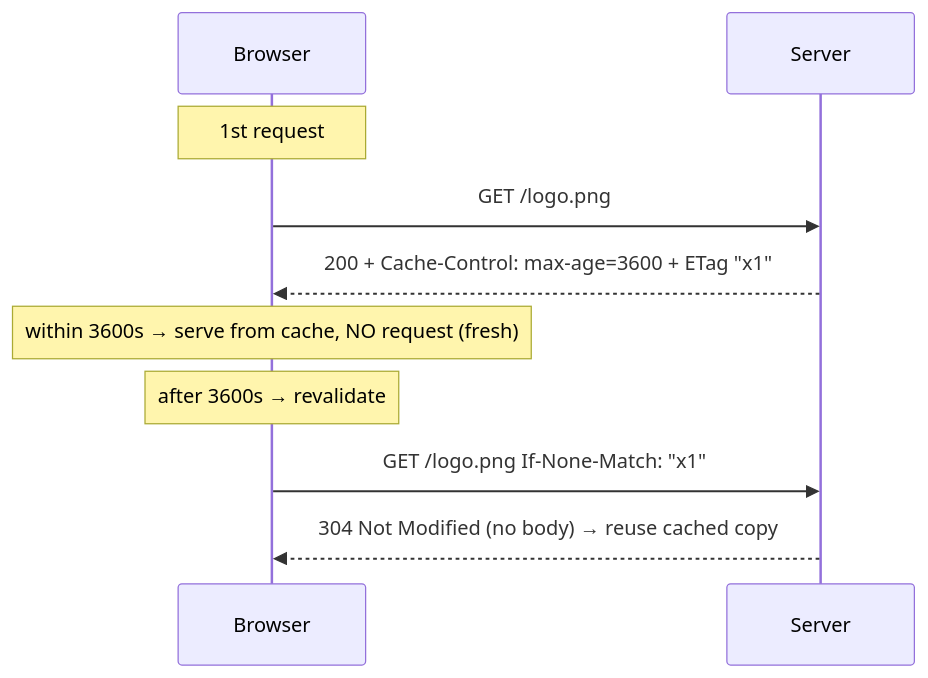
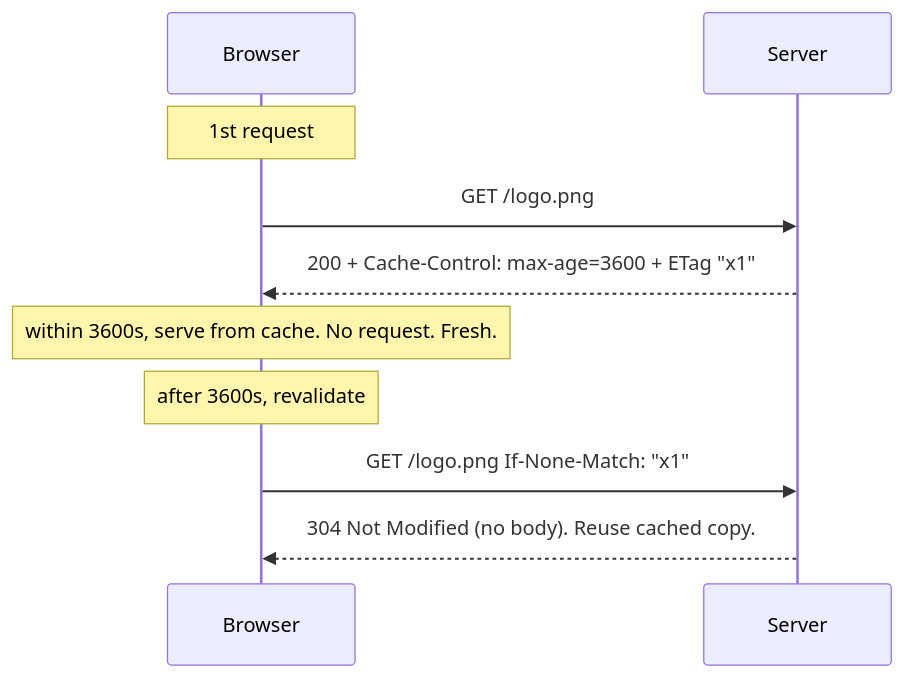
The second of 3 diagrams in packages/content/content/13-networking-http.mdx (ashishxcode/frontend-internals), drawn with Mermaid before and after one commit. The commit also changed other lines of this file and 29 other files, not shown here.

Commit message:
rewrite: roadmap engineer-to-engineer + all 34 chapters new spec

````diff
--- a/packages/content/content/13-networking-http.mdx
+++ b/packages/content/content/13-networking-http.mdx
@@ -102,12 +46,12 @@
 ```mermaid
 sequenceDiagram
   participant B as Browser
   participant S as Server
   Note over B: 1st request
   B->>S: GET /logo.png
   S-->>B: 200 + Cache-Control: max-age=3600 + ETag "x1"
-  Note over B: within 3600s → serve from cache, NO request (fresh)
-  Note over B: after 3600s → revalidate
-  B->>S: GET /logo.png  If-None-Match: "x1"
-  S-->>B: 304 Not Modified (no body) → reuse cached copy
+  Note over B: within 3600s, serve from cache. No request. Fresh.
+  Note over B: after 3600s, revalidate
+  B->>S: GET /logo.png If-None-Match: "x1"
+  S-->>B: 304 Not Modified (no body). Reuse cached copy.
 ```
````
